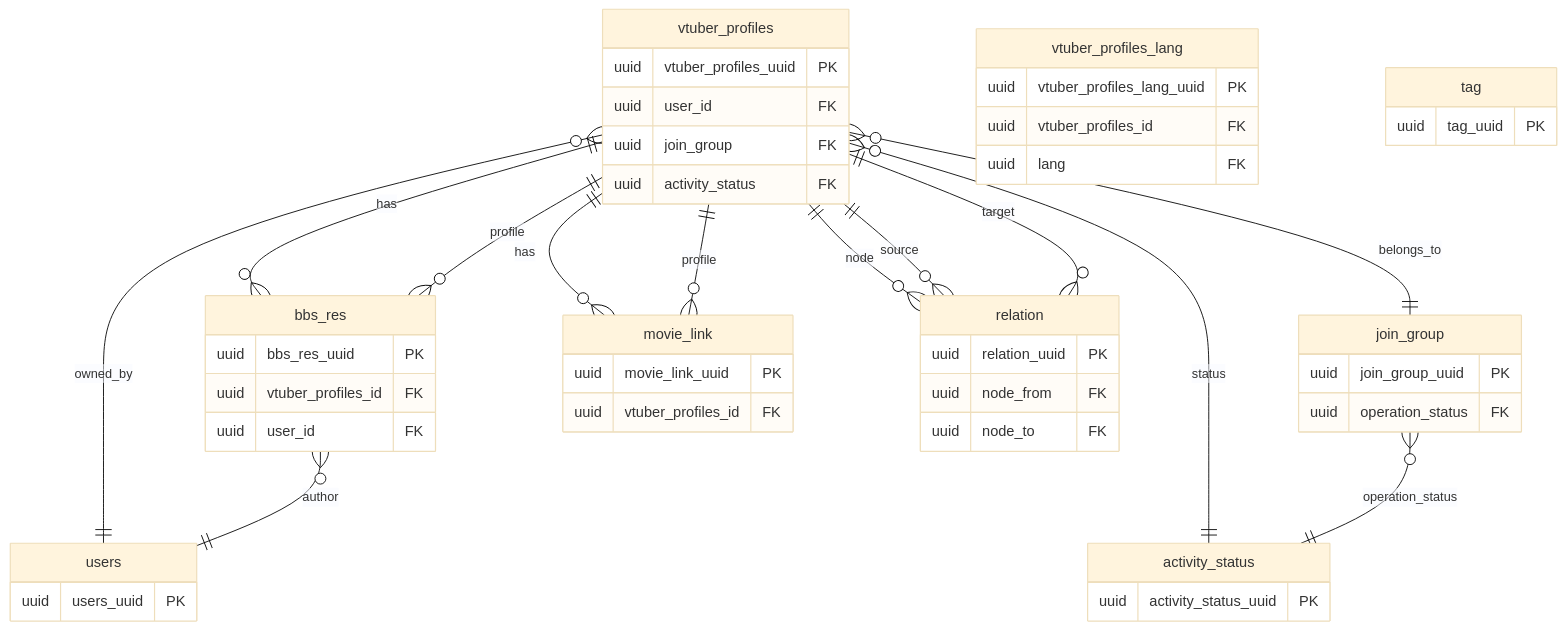
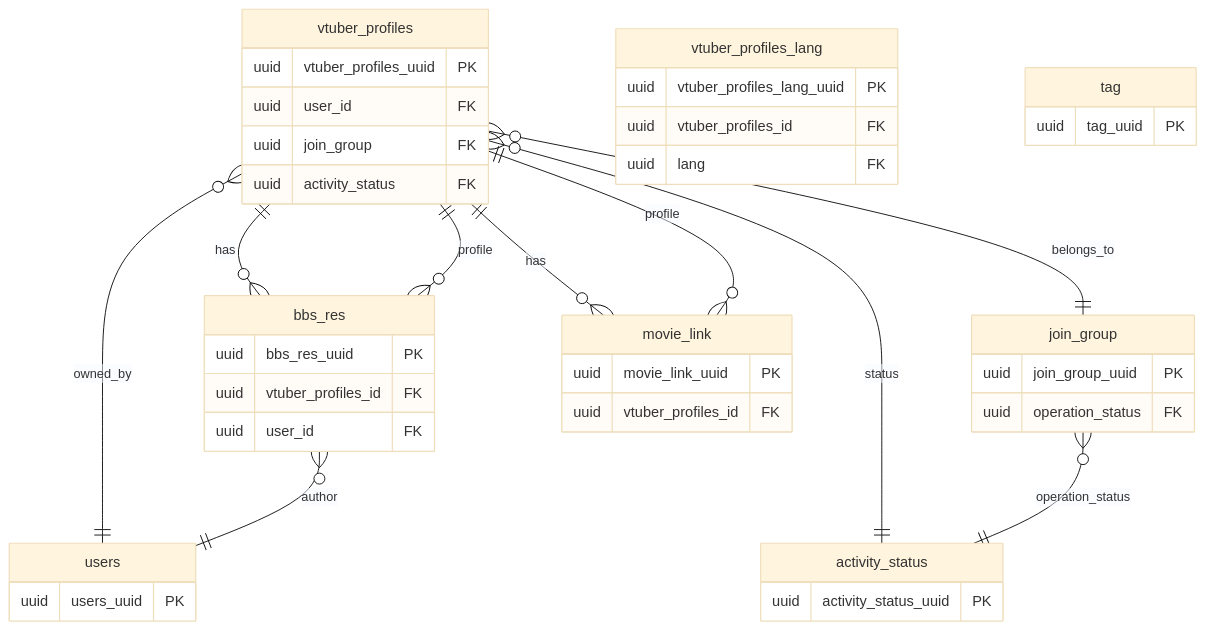
The first of 5 diagrams in .design/DB/DB設計ER図.md (Soranoana/VtuberMeikan), drawn with Mermaid (base theme) before and after one commit. The commit also changed 2 other files, not shown here.

Commit message:
【外部後悔向け】relationについての記載を削除したMDとxlsxを作成

````diff
--- a/.design/DB/DB設計ER図.md
+++ b/.design/DB/DB設計ER図.md
@@ -7,58 +7,50 @@
 ```mermaid
 erDiagram
     vtuber_profiles {
         uuid vtuber_profiles_uuid PK
         uuid user_id FK
         uuid join_group FK
         uuid activity_status FK
     }
     join_group {
         uuid join_group_uuid PK
         uuid operation_status FK
     }
     activity_status {
         uuid activity_status_uuid PK
     }
     users {
         uuid users_uuid PK
     }
     bbs_res {
         uuid bbs_res_uuid PK
         uuid vtuber_profiles_id FK
         uuid user_id FK
     }
     movie_link {
         uuid movie_link_uuid PK
         uuid vtuber_profiles_id FK
     }
-    relation {
-        uuid relation_uuid PK
-        uuid node_from FK
-        uuid node_to FK
-    }
     vtuber_profiles_lang {
         uuid vtuber_profiles_lang_uuid PK
         uuid vtuber_profiles_id FK
         uuid lang FK
     }
     tag {
         uuid tag_uuid PK
     }
 
     vtuber_profiles ||--o{ bbs_res : has
     vtuber_profiles ||--o{ movie_link : has
-    vtuber_profiles ||--o{ relation : node
     vtuber_profiles }o--|| users : owned_by
     vtuber_profiles }o--|| join_group : belongs_to
     vtuber_profiles }o--|| activity_status : status
 
     join_group }o--|| activity_status : operation_status
 
     bbs_res }o--|| vtuber_profiles : profile
     bbs_res }o--|| users : author
 
     movie_link }o--|| vtuber_profiles : profile
 
-    relation }o--|| vtuber_profiles : source
-    relation }o--|| vtuber_profiles : target
 ```
````
